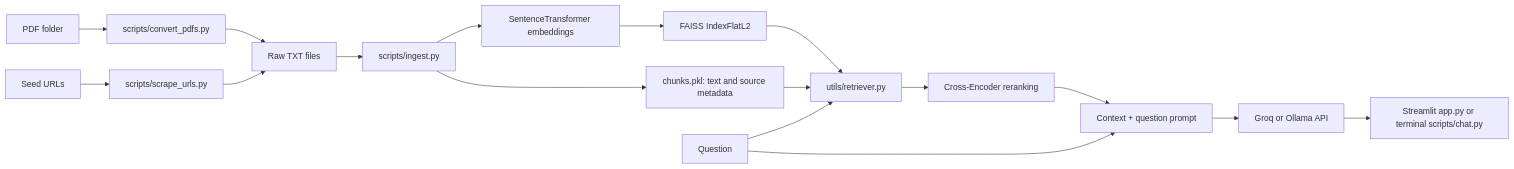
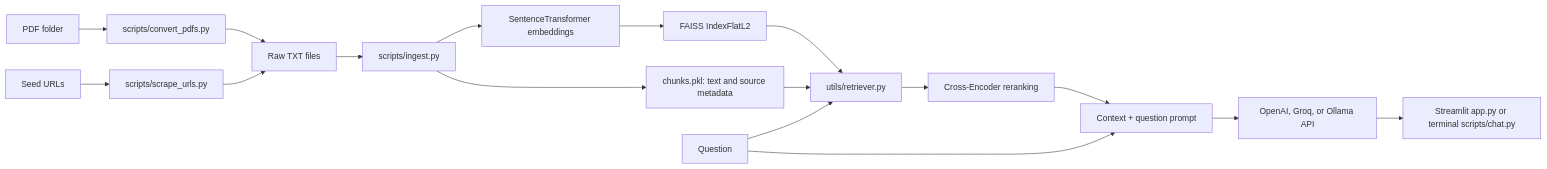
Before and after one commit to rahulboby/ChatVeritas: the diagram in project_explanation.md, drawn with Mermaid. The commit also changed other lines of this file and 5 other files, not shown here.

````diff
--- a/project_explanation.md
+++ b/project_explanation.md
@@ -173,19 +174,19 @@
 ```mermaid
 flowchart LR
     TXT[Raw TXT files] --> ING[scripts/ingest.py]
     PDF[PDF folder] --> PDFCONV[scripts/convert_pdfs.py]
     WEB[Seed URLs] --> SCRAPE[scripts/scrape_urls.py]
     PDFCONV --> TXT
     SCRAPE --> TXT
     ING --> EMB[SentenceTransformer embeddings]
     EMB --> INDEX[FAISS IndexFlatL2]
     ING --> META[chunks.pkl: text and source metadata]
     INDEX --> RET[utils/retriever.py]
     META --> RET
     USER[Question] --> RET
     RET --> RERANK[Cross-Encoder reranking]
     RERANK --> PROMPT[Context + question prompt]
     USER --> PROMPT
-    PROMPT --> API[Groq or Ollama API]
+    PROMPT --> API[OpenAI, Groq, or Ollama API]
     API --> UI[Streamlit app.py or terminal scripts/chat.py]
 ```
````
